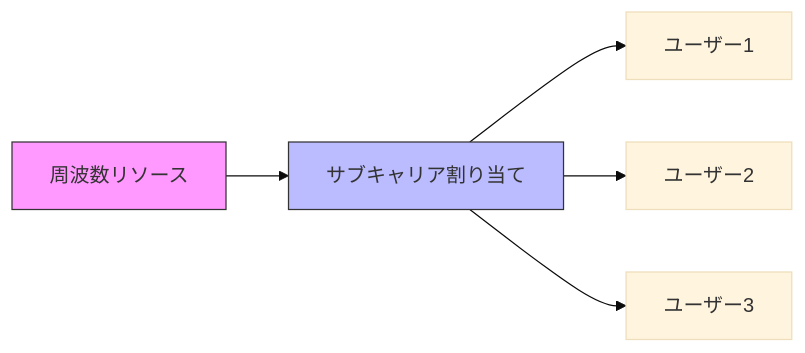
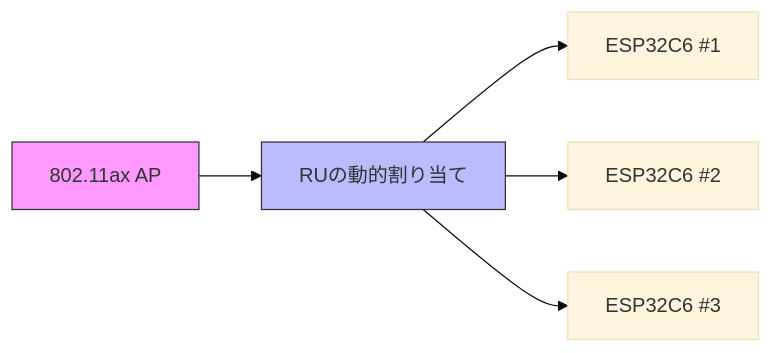
The fourth of 11 diagrams in 多元接続方式/readme.md (uecken/docs), drawn with Mermaid (base theme) before and after one commit. The commit also changed other lines of this file and 2 other files, not shown here.

Commit message:
Update OFDMA implementation for ESP32C6 client mode only

````diff
--- a/多元接続方式/readme.md
+++ b/多元接続方式/readme.md
@@ -70,9 +81,9 @@
 ```mermaid
 graph LR
-    A[周波数リソース] --> B[サブキャリア割り当て]
-    B --> C[ユーザー1]
-    B --> D[ユーザー2]
-    B --> E[ユーザー3]
+    A[802.11ax AP] --> B[RUの動的割り当て]
+    B --> C[ESP32C6 #1]
+    B --> D[ESP32C6 #2]
+    B --> E[ESP32C6 #3]
     style A fill:#f9f,stroke:#333
     style B fill:#bbf,stroke:#333
 ```
````
